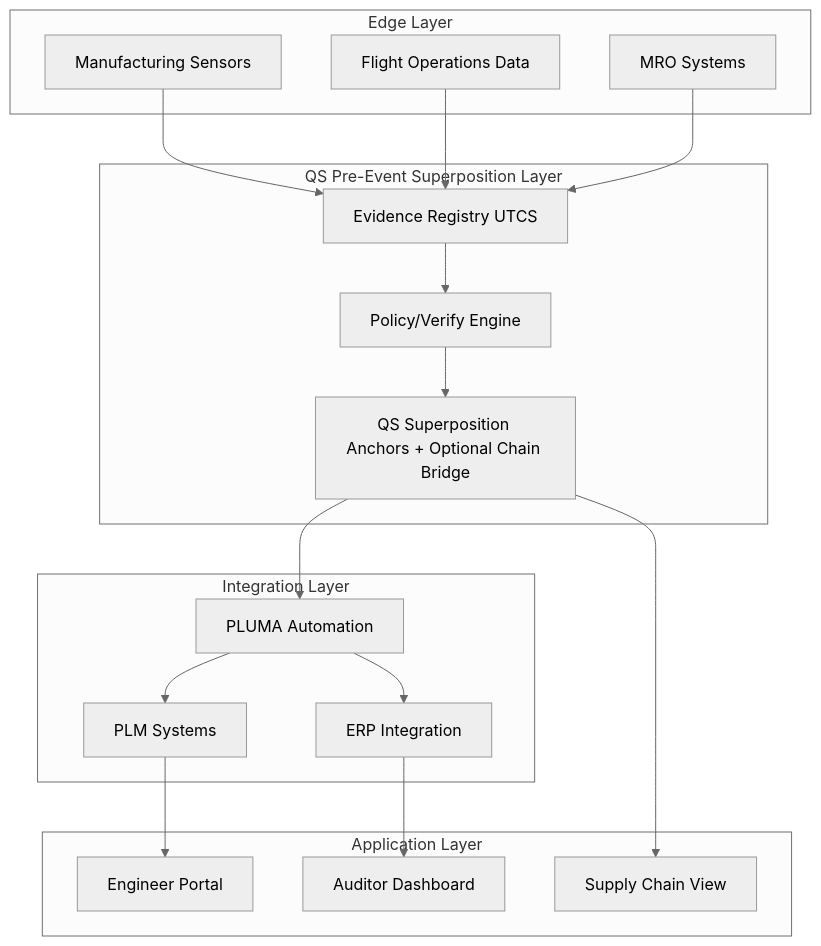
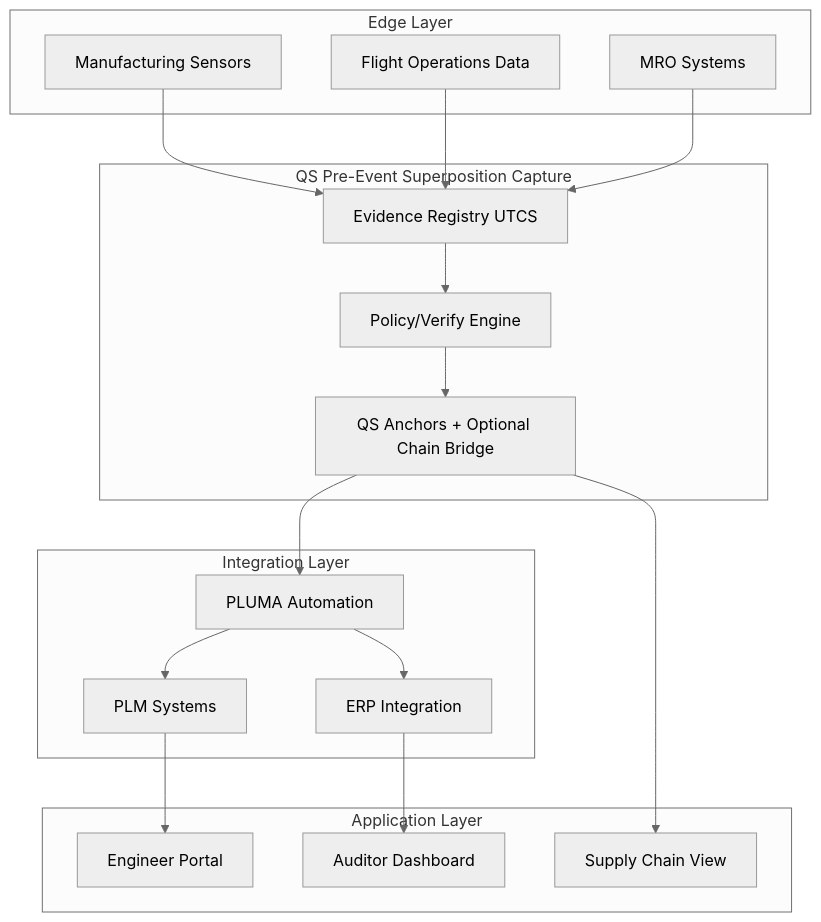
The second of 3 diagrams in index.md (IDEALE-eu/IDEALEEU.EU), drawn with Mermaid (neutral theme) before and after one commit. The commit also changed other lines of this file, not shown here.

````diff
--- a/index.md
+++ b/index.md
@@ -29,38 +133,38 @@
 ```mermaid
 graph TB
-    subgraph "Edge Layer"
-        A[Manufacturing Sensors]
-        B[Flight Operations Data]
-        C[MRO Systems]
-    end
-    
-    subgraph "QS Pre-Event Superposition Layer"
-        D[Evidence Registry UTCS]
-        E[Policy/Verify Engine]
-        F[QS Superposition Anchors + Optional Chain Bridge]
-    end
-    
-    subgraph "Integration Layer"
-        G[PLUMA Automation]
-        H[PLM Systems]
-        I[ERP Integration]
-    end
-    
-    subgraph "Application Layer"
-        J[Engineer Portal]
-        K[Auditor Dashboard]
-        L[Supply Chain View]
-    end
-    
-    A --> D
-    B --> D
-    C --> D
-    D --> E
-    E --> F
-    F --> G
-    G --> H
-    G --> I
-    H --> J
-    I --> K
-    F --> L
+  subgraph "Edge Layer"
+    A[Manufacturing Sensors]
+    B[Flight Operations Data]
+    C[MRO Systems]
+  end
+
+  subgraph "QS Pre-Event Superposition Capture"
+    D[Evidence Registry UTCS]
+    E[Policy/Verify Engine]
+    F[QS Anchors + Optional Chain Bridge]
+  end
+
+  subgraph "Integration Layer"
+    G[PLUMA Automation]
+    H[PLM Systems]
+    I[ERP Integration]
+  end
+
+  subgraph "Application Layer"
+    J[Engineer Portal]
+    K[Auditor Dashboard]
+    L[Supply Chain View]
+  end
+
+  A --> D
+  B --> D
+  C --> D
+  D --> E
+  E --> F
+  F --> G
+  G --> H
+  G --> I
+  H --> J
+  I --> K
+  F --> L
 ```
````
